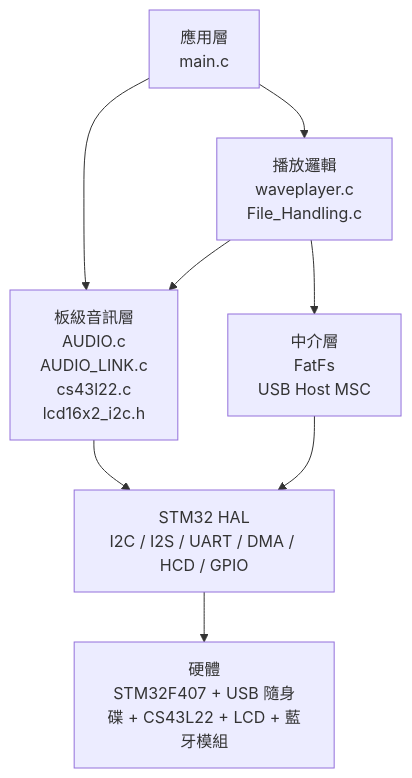
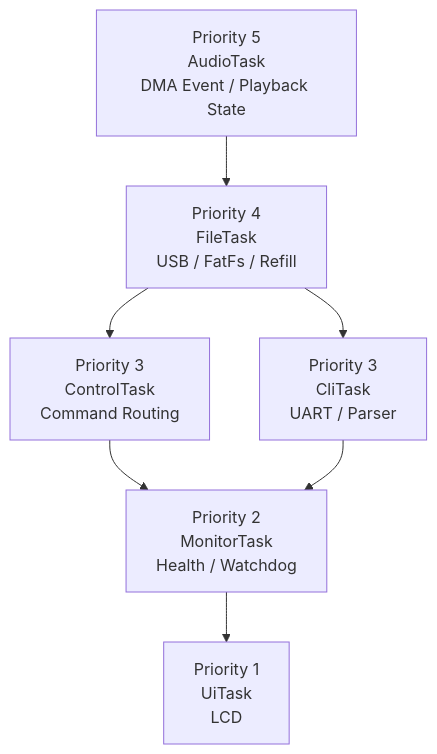
Before and after one commit to JiaChangGit/Embedded-operating-systems-NCKU: the second of 13 diagrams in USB_MP3/graph_mp3.md, drawn with Mermaid. The commit also changed other lines of this file and 72 other files, not shown here.

First line of the commit message:
feat: Upd USB_MP3 project (It hasn't actually been tested on a board yet.)

````diff
--- a/USB_MP3/graph_mp3.md
+++ b/USB_MP3/graph_mp3.md
@@ -33,17 +60,16 @@
 ```mermaid
 flowchart TB
-    App["應用層<br/>main.c"]
-    Player["播放邏輯<br/>waveplayer.c<br/>File_Handling.c"]
-    Board["板級音訊層<br/>AUDIO.c<br/>AUDIO_LINK.c<br/>cs43l22.c<br/>lcd16x2_i2c.h"]
-    Middleware["中介層<br/>FatFs<br/>USB Host MSC"]
-    HAL["STM32 HAL<br/>I2C / I2S / UART / DMA / HCD / GPIO"]
-    HW["硬體<br/>STM32F407 + USB 隨身碟 + CS43L22 + LCD + 藍牙模組"]
+    P5["Priority 5<br/>AudioTask<br/>DMA Event / Playback State"]
+    P4["Priority 4<br/>FileTask<br/>USB / FatFs / Refill"]
+    P3A["Priority 3<br/>ControlTask<br/>Command Routing"]
+    P3B["Priority 3<br/>CliTask<br/>UART / Parser"]
+    P2["Priority 2<br/>MonitorTask<br/>Health / Watchdog"]
+    P1["Priority 1<br/>UiTask<br/>LCD"]
 
-    App --> Player
-    App --> Board
-    Player --> Middleware
-    Player --> Board
-    Board --> HAL
-    Middleware --> HAL
-    HAL --> HW
+    P5 --> P4
+    P4 --> P3A
+    P4 --> P3B
+    P3A --> P2
+    P3B --> P2
+    P2 --> P1
 ```
````
